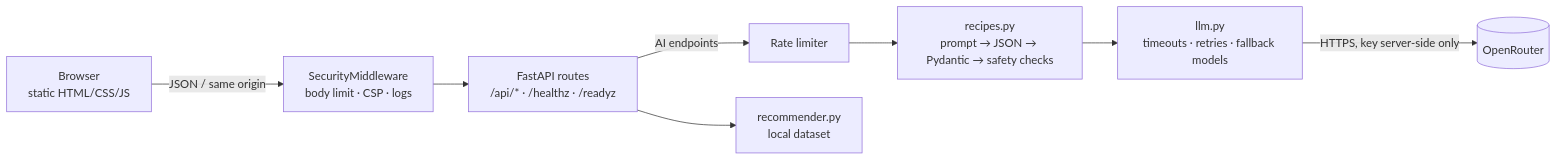
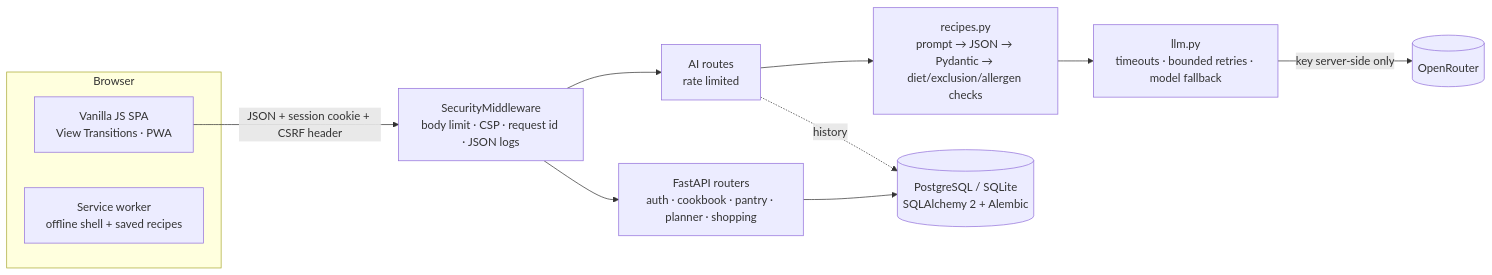
One commit to DeepikaKrrishna/Recepie_Bot changed the diagram in README.md. Above: the diagram before and after it, drawn with Mermaid. The commit also changed other lines of this file and 18 other files, not shown here.

````diff
--- a/README.md
+++ b/README.md
@@ -30,10 +39,15 @@
 ```mermaid
 flowchart LR
-  B[Browser<br/>static HTML/CSS/JS] -- JSON / same origin --> M[SecurityMiddleware<br/>body limit · CSP · logs]
-  M --> R[FastAPI routes<br/>/api/* · /healthz · /readyz]
-  R -- AI endpoints --> RL[Rate limiter]
-  RL --> G[recipes.py<br/>prompt → JSON → Pydantic → safety checks]
-  G --> L[llm.py<br/>timeouts · retries · fallback models]
-  L -- HTTPS, key server-side only --> O[(OpenRouter)]
-  R --> D[recommender.py<br/>local dataset]
+  subgraph Browser
+    UI[Vanilla JS SPA<br/>View Transitions · PWA]
+    SW[Service worker<br/>offline shell + saved recipes]
+  end
+  UI -- JSON + session cookie + CSRF header --> MW[SecurityMiddleware<br/>body limit · CSP · request id · JSON logs]
+  MW --> R[FastAPI routers<br/>auth · cookbook · pantry · planner · shopping]
+  MW --> AI[AI routes<br/>rate limited]
+  AI --> G[recipes.py<br/>prompt → JSON → Pydantic → diet/exclusion/allergen checks]
+  G --> L[llm.py<br/>timeouts · bounded retries · model fallback]
+  L -- key server-side only --> O[(OpenRouter)]
+  R --> DB[(PostgreSQL / SQLite<br/>SQLAlchemy 2 + Alembic)]
+  AI -. history .-> DB
 ```
````
